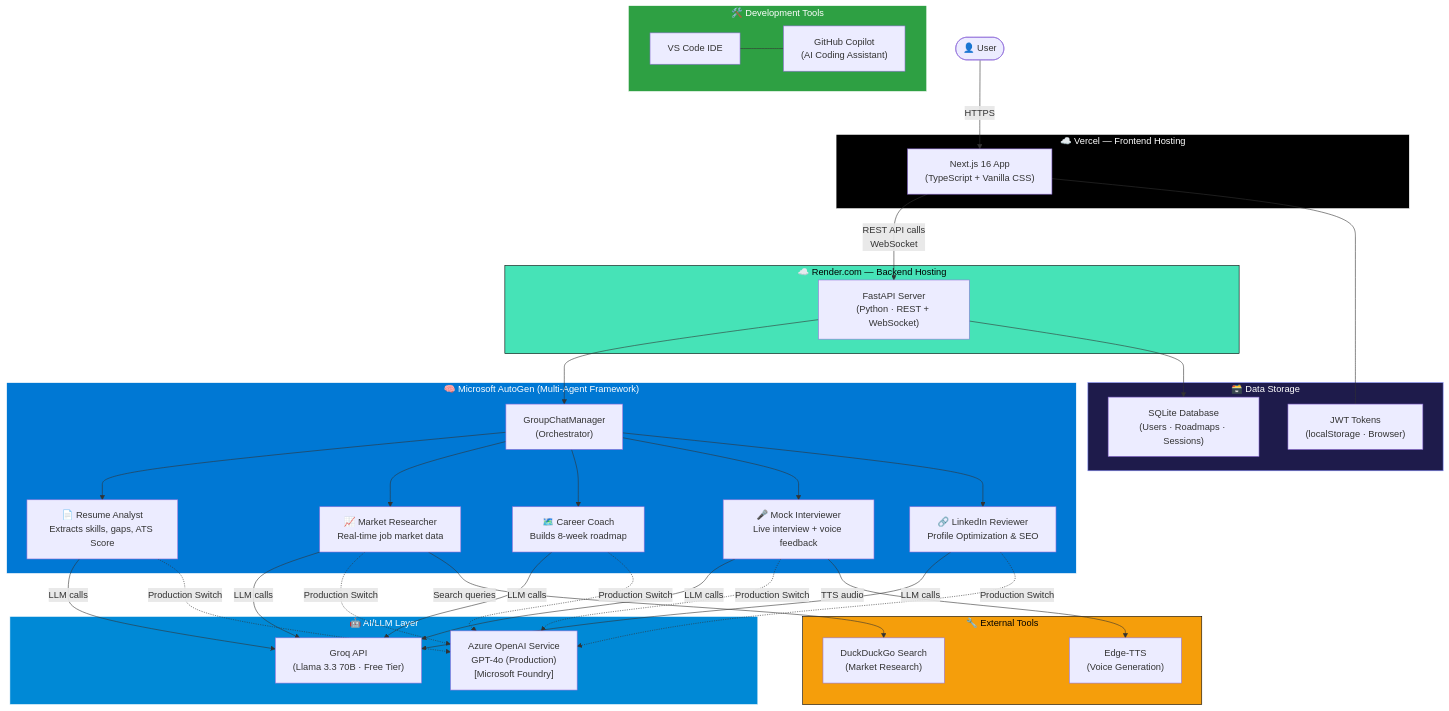
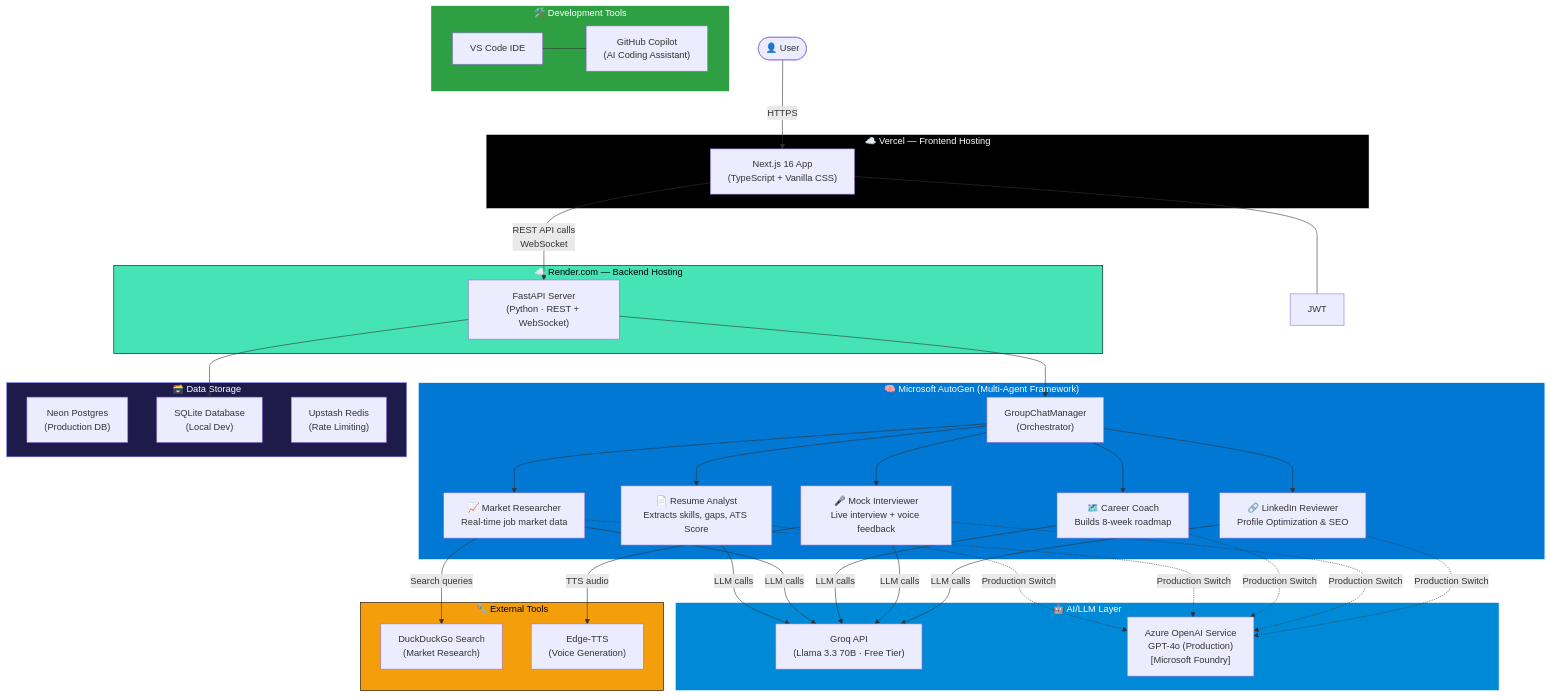
The diagram in README.md (Anil-Pradhan-web/ai-career-mentor), drawn with Mermaid before and after one commit. The commit also changed other lines of this file, not shown here.

Commit message:
docs: update README with production features and Upstash Redis

````diff
--- a/README.md
+++ b/README.md
@@ -57,59 +56,60 @@
 ```mermaid
 flowchart TD
     User(["👤 User"])
 
     subgraph DevTools ["🛠️ Development Tools"]
         VSCODE["VS Code IDE"] --- COPILOT["GitHub Copilot\n(AI Coding Assistant)"]
     end
 
     subgraph Vercel ["☁️ Vercel — Frontend Hosting"]
         FE["Next.js 16 App\n(TypeScript + Vanilla CSS)"]
     end
 
     subgraph Render ["☁️ Render.com — Backend Hosting"]
         API["FastAPI Server\n(Python · REST + WebSocket)"]
     end
 
     subgraph Agents ["🧠 Microsoft AutoGen (Multi-Agent Framework)"]
         ORCH["GroupChatManager\n(Orchestrator)"]
         A1["📄 Resume Analyst\nExtracts skills, gaps, ATS Score"]
         A2["📈 Market Researcher\nReal-time job market data"]
         A3["🗺️ Career Coach\nBuilds 8-week roadmap"]
         A4["🎤 Mock Interviewer\nLive interview + voice feedback"]
         A5["🔗 LinkedIn Reviewer\nProfile Optimization & SEO"]
     end
 
     subgraph LLM ["🤖 AI/LLM Layer"]
         GROQ["Groq API\n(Llama 3.3 70B · Free Tier)"]
         AZURE["Azure OpenAI Service\nGPT-4o (Production)\n[Microsoft Foundry]"]
     end
 
     subgraph Tools ["🔧 External Tools"]
         DDG["DuckDuckGo Search\n(Market Research)"]
         TTS["Edge-TTS\n(Voice Generation)"]
     end
 
     subgraph DB ["🗃️ Data Storage"]
-        SQLITE["SQLite Database\n(Users · Roadmaps · Sessions)"]
-        JWT["JWT Tokens\n(localStorage · Browser)"]
+        POSTGRES["Neon Postgres\n(Production DB)"]
+        SQLITE["SQLite Database\n(Local Dev)"]
+        REDIS["Upstash Redis\n(Rate Limiting)"]
     end
 
     User -->|"HTTPS"| FE
     FE -->|"REST API calls\nWebSocket"| API
     API --> ORCH
     ORCH --> A1 & A2 & A3 & A4 & A5
     A1 & A2 & A3 & A4 & A5 -->|"LLM calls"| GROQ
     A1 & A2 & A3 & A4 & A5 -.->|"Production Switch"| AZURE
     A2 -->|"Search queries"| DDG
     A4 -->|"TTS audio"| TTS
     API --> SQLITE
     FE --- JWT
 
     style Vercel fill:#000,stroke:#fff,color:#fff
     style Render fill:#46E3B7,stroke:#000,color:#000
     style Agents fill:#0078D4,stroke:#fff,color:#fff
     style LLM fill:#0089D6,stroke:#fff,color:#fff
     style DB fill:#1e1b4b,stroke:#818cf8,color:#fff
     style DevTools fill:#2ea043,stroke:#fff,color:#fff
     style Tools fill:#f59e0b,stroke:#000,color:#000
 ```
````
